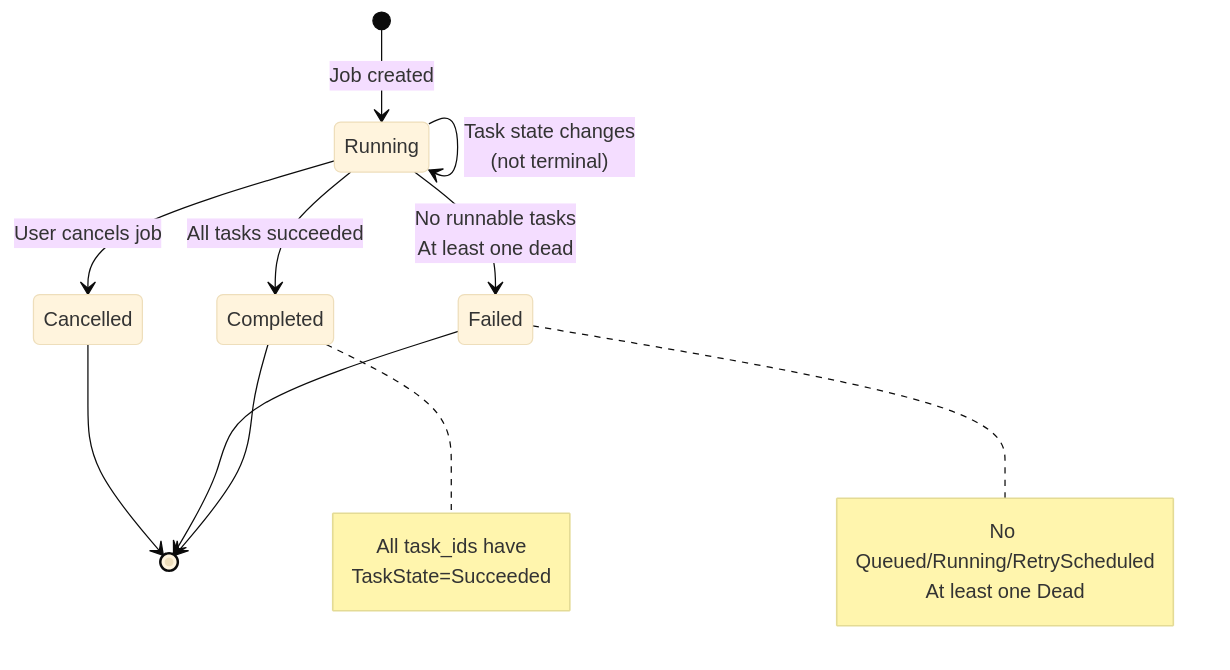
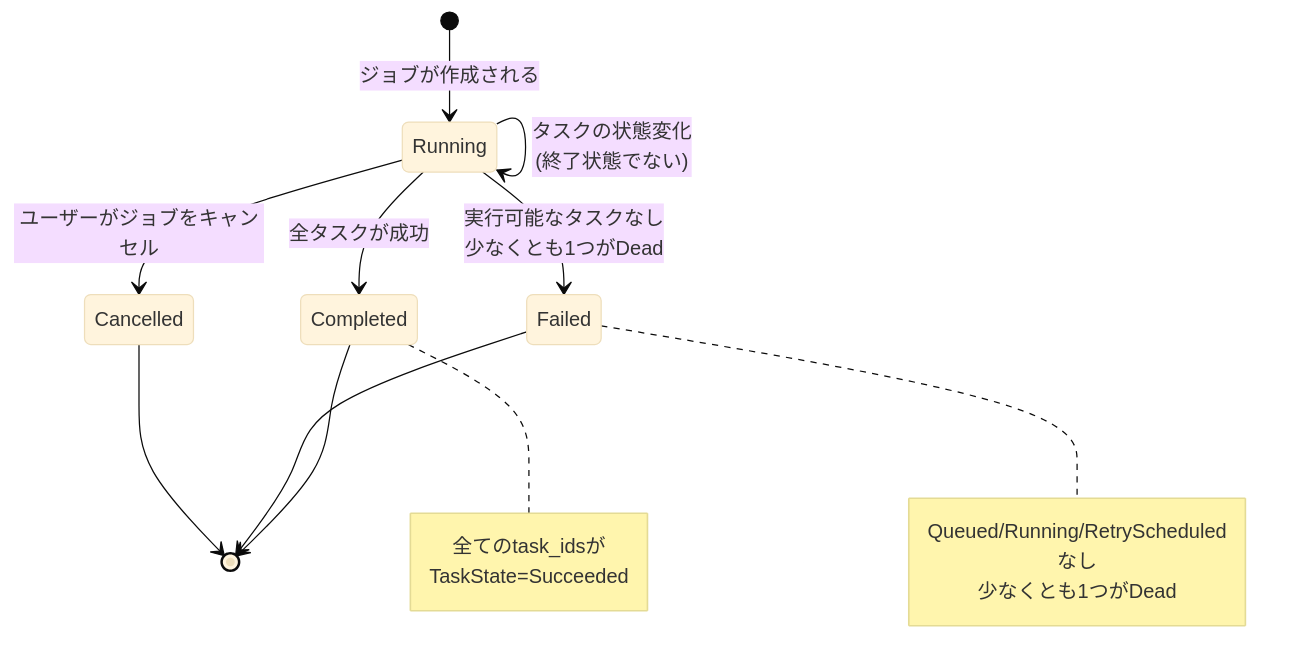
The fifth of 5 diagrams in dev/docs/architecture/README.md (kamojiro/weaver), drawn with Mermaid (base theme) before and after one commit. The commit also changed other lines of this file and 2 other files, not shown here.

````diff
--- a/dev/docs/architecture/README.md
+++ b/dev/docs/architecture/README.md
@@ -280,23 +280,23 @@
 ```mermaid
 stateDiagram-v2
-    [*] --> Running: Job created
+    [*] --> Running: ジョブが作成される
 
-    Running --> Completed: All tasks succeeded
-    Running --> Failed: No runnable tasks<br/>At least one dead
-    Running --> Cancelled: User cancels job
-    Running --> Running: Task state changes<br/>(not terminal)
+    Running --> Completed: 全タスクが成功
+    Running --> Failed: 実行可能なタスクなし<br/>少なくとも1つがDead
+    Running --> Cancelled: ユーザーがジョブをキャンセル
+    Running --> Running: タスクの状態変化<br/>(終了状態でない)
 
     Completed --> [*]
     Failed --> [*]
     Cancelled --> [*]
 
     note right of Completed
-        All task_ids have
+        全てのtask_idsが
         TaskState=Succeeded
     end note
 
     note right of Failed
-        No Queued/Running/RetryScheduled
-        At least one Dead
+        Queued/Running/RetryScheduledなし
+        少なくとも1つがDead
     end note
 ```
````
